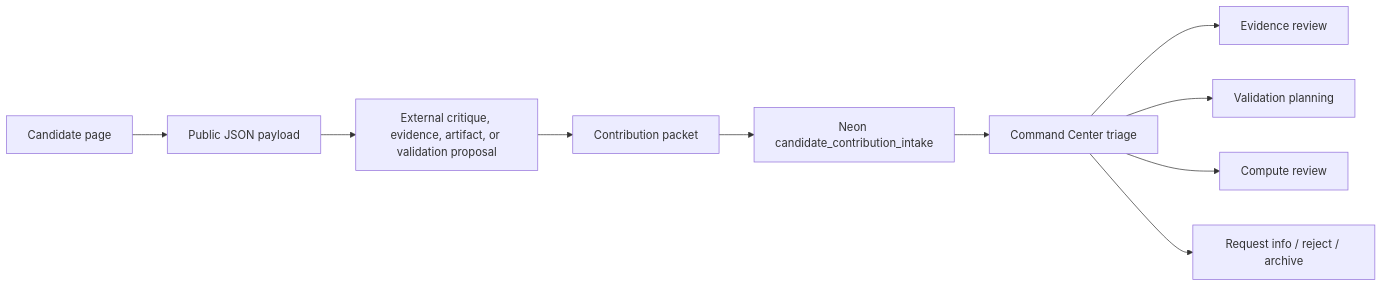
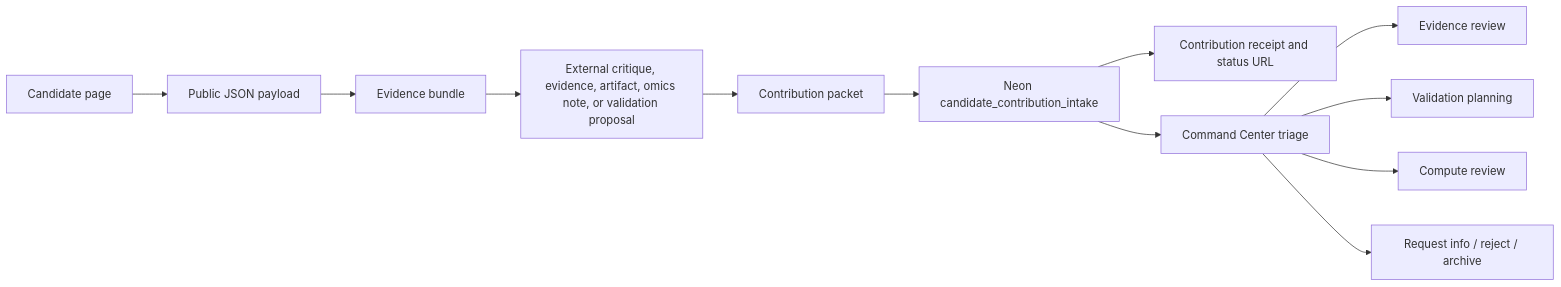
The diagram in docs/PUBLIC_CONTRIBUTION_WORKFLOW.md (chasepenelli/twog), drawn with Mermaid before and after one commit. The commit also changed other lines of this file and 2 other files, not shown here.

````diff
--- a/docs/PUBLIC_CONTRIBUTION_WORKFLOW.md
+++ b/docs/PUBLIC_CONTRIBUTION_WORKFLOW.md
@@ -13,12 +13,14 @@
 ```mermaid
 flowchart LR
     A["Candidate page"] --> B["Public JSON payload"]
-    B --> C["External critique, evidence, artifact, or validation proposal"]
-    C --> D["Contribution packet"]
-    D --> E["Neon candidate_contribution_intake"]
-    E --> F["Command Center triage"]
-    F --> G["Evidence review"]
-    F --> H["Validation planning"]
-    F --> I["Compute review"]
-    F --> J["Request info / reject / archive"]
+    B --> C["Evidence bundle"]
+    C --> D["External critique, evidence, artifact, omics note, or validation proposal"]
+    D --> E["Contribution packet"]
+    E --> F["Neon candidate_contribution_intake"]
+    F --> G["Contribution receipt and status URL"]
+    F --> H["Command Center triage"]
+    H --> I["Evidence review"]
+    H --> J["Validation planning"]
+    H --> K["Compute review"]
+    H --> L["Request info / reject / archive"]
 ```
````
